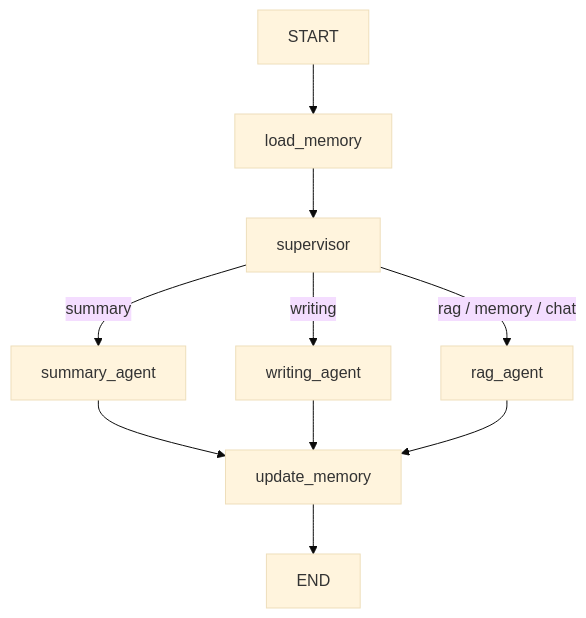
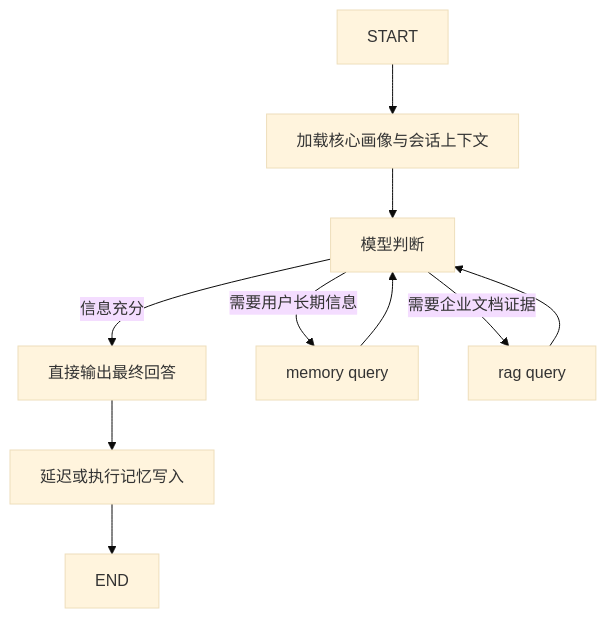
One commit to ShuoLiu0603/knowledge-work-assistant changed the second of 4 diagrams in docs/agent_memory_deep_dive.md. Above: the diagram before and after it, drawn with Mermaid (base theme). The commit also changed other lines of this file and 70 other files, not shown here.

````diff
--- a/docs/agent_memory_deep_dive.md
+++ b/docs/agent_memory_deep_dive.md
@@ -141,12 +133,12 @@
 ```mermaid
 flowchart TD
-    START --> LOAD[load_memory]
-    LOAD --> SUP[supervisor]
-    SUP -->|summary| SUMMARY[summary_agent]
-    SUP -->|writing| WRITING[writing_agent]
-    SUP -->|rag / memory / chat| RAG[rag_agent]
-    SUMMARY --> UPDATE[update_memory]
-    WRITING --> UPDATE
-    RAG --> UPDATE
+    START --> CORE[加载核心画像与会话上下文]
+    CORE --> MODEL[模型判断]
+    MODEL -->|信息充分| ANSWER[直接输出最终回答]
+    MODEL -->|需要用户长期信息| MEMORY[memory query]
+    MODEL -->|需要企业文档证据| RAG[rag query]
+    MEMORY --> MODEL
+    RAG --> MODEL
+    ANSWER --> UPDATE[延迟或执行记忆写入]
     UPDATE --> END
 ```
````
